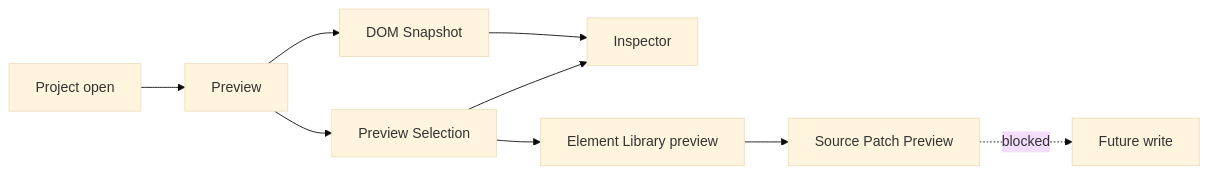
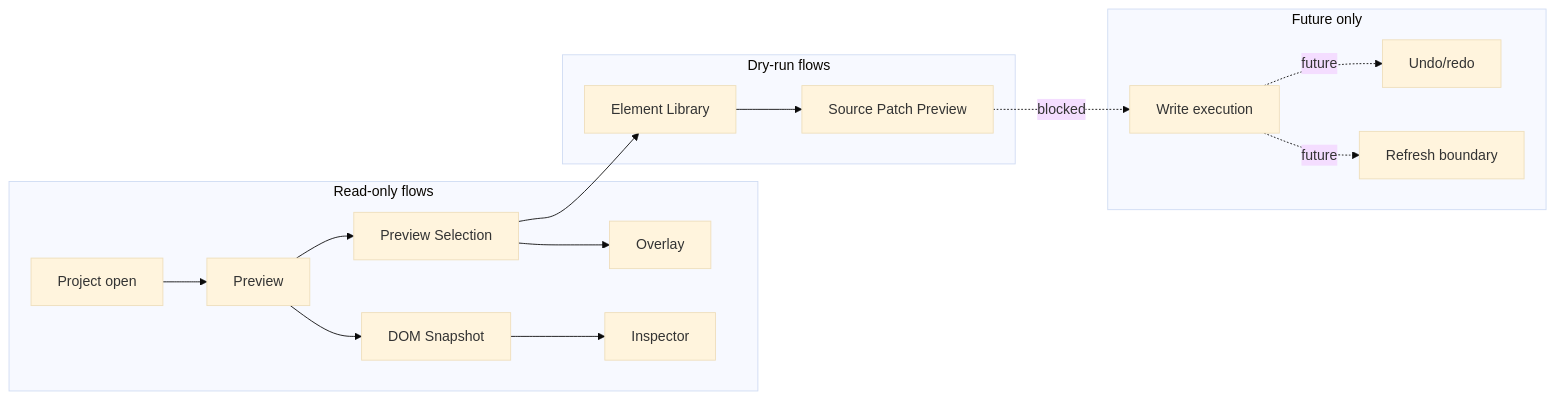
Before and after one commit to krestosa/Crystal: the diagram in docs/architecture/flows/README.md, drawn with Mermaid (base theme). The commit also changed other lines of this file and 21 other files, not shown here.

Commit message:
Add richer architecture diagrams and state flows

````diff
--- a/docs/architecture/flows/README.md
+++ b/docs/architecture/flows/README.md
@@ -15,11 +76,25 @@
 ```mermaid
 flowchart LR
-  Open[Project open] --> Preview[Preview]
-  Preview --> Snapshot[DOM Snapshot]
-  Preview --> Selection[Preview Selection]
-  Snapshot --> Inspector[Inspector]
-  Selection --> Inspector
-  Selection --> Library[Element Library preview]
-  Library --> Patch[Source Patch Preview]
-  Patch -. blocked .-> Write[Future write]
+  subgraph ReadOnly[Read-only flows]
+    Open[Project open] --> Preview[Preview]
+    Preview --> Snapshot[DOM Snapshot]
+    Preview --> Selection[Preview Selection]
+    Snapshot --> Inspector[Inspector]
+    Selection --> Overlay[Overlay]
+  end
+
+  subgraph DryRun[Dry-run flows]
+    Selection --> Library[Element Library]
+    Library --> Patch[Source Patch Preview]
+  end
+
+  subgraph Future[Future only]
+    Write[Write execution]
+    Refresh[Refresh boundary]
+    Undo[Undo/redo]
+  end
+
+  Patch -. blocked .-> Write
+  Write -. future .-> Refresh
+  Write -. future .-> Undo
 ```
````
